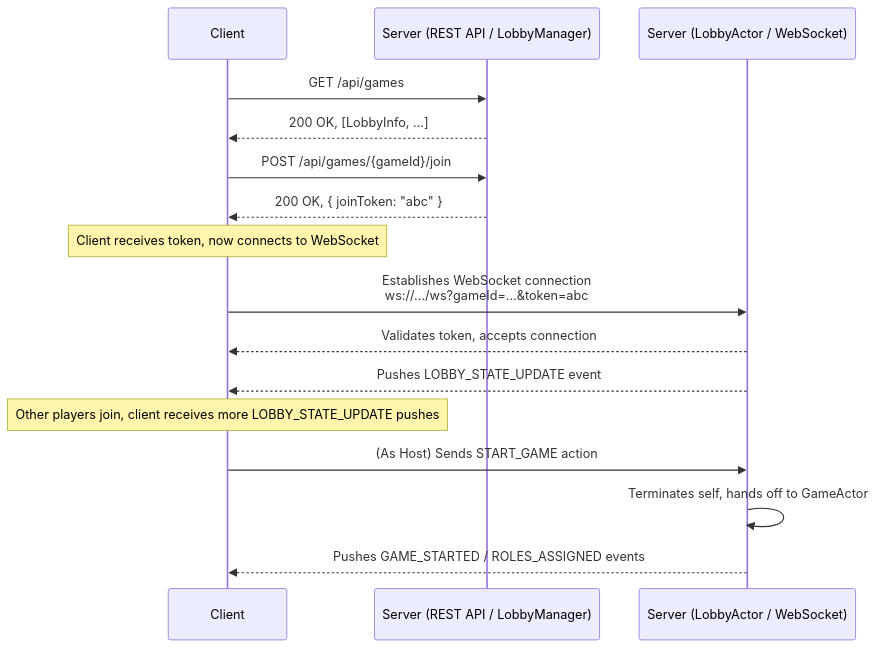
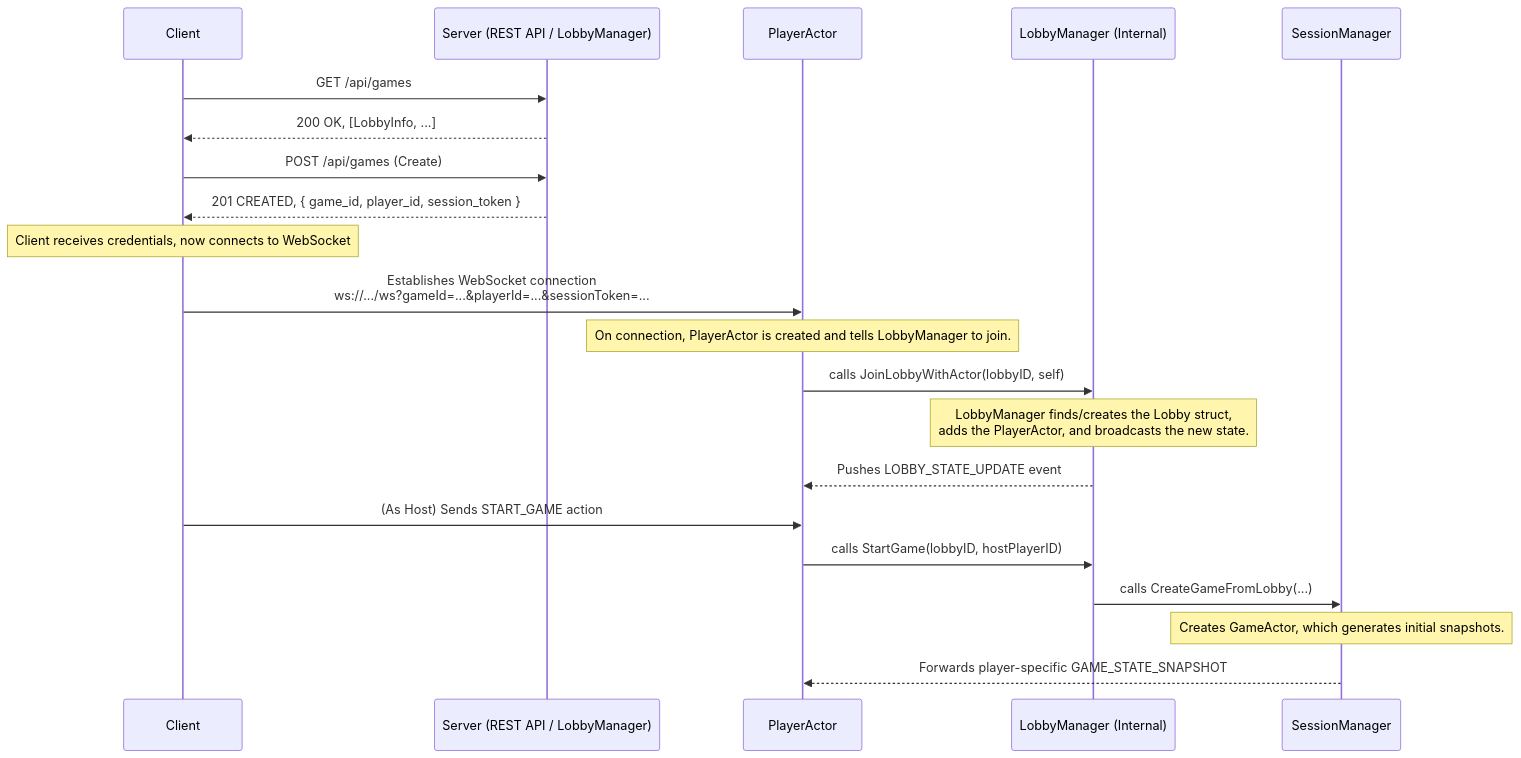
One commit to xjhc/alignment changed the diagram in docs/architecture/10-lobby-and-matchmaking.md. Above: the diagram before and after it, drawn with Mermaid. The commit also changed other lines of this file and 36 other files, not shown here.

Commit message:
Fix lobby to game transition.

````diff
--- a/docs/architecture/10-lobby-and-matchmaking.md
+++ b/docs/architecture/10-lobby-and-matchmaking.md
@@ -26,24 +26,30 @@
 ```mermaid
 sequenceDiagram
     participant Client
     participant Server (REST API / LobbyManager)
-    participant Server (LobbyActor / WebSocket)
+    participant PlayerActor
+    participant LobbyManager (Internal)
+    participant SessionManager
 
     Client->>Server (REST API / LobbyManager): GET /api/games
     Server (REST API / LobbyManager)-->>Client: 200 OK, [LobbyInfo, ...]
 
-    Client->>Server (REST API / LobbyManager): POST /api/games/{gameId}/join
-    Server (REST API / LobbyManager)-->>Client: 200 OK, { joinToken: "abc" }
+    Client->>Server (REST API / LobbyManager): POST /api/games (Create)
+    Server (REST API / LobbyManager)-->>Client: 201 CREATED, { game_id, player_id, session_token }
 
-    Note over Client: Client receives token, now connects to WebSocket
+    Note over Client: Client receives credentials, now connects to WebSocket
+    Client->>PlayerActor: Establishes WebSocket connection<br>ws://.../ws?gameId=...&playerId=...&sessionToken=...
 
-    Client->>Server (LobbyActor / WebSocket): Establishes WebSocket connection<br>ws://.../ws?gameId=...&token=abc
-    Server (LobbyActor / WebSocket)-->>Client: Validates token, accepts connection
-    Server (LobbyActor / WebSocket)-->>Client: Pushes LOBBY_STATE_UPDATE event
+    Note over PlayerActor: On connection, PlayerActor is created and tells LobbyManager to join.
+    PlayerActor->>LobbyManager (Internal): calls JoinLobbyWithActor(lobbyID, self)
 
-    Note over Client: Other players join, client receives more LOBBY_STATE_UPDATE pushes
+    Note over LobbyManager (Internal): LobbyManager finds/creates the Lobby struct,<br>adds the PlayerActor, and broadcasts the new state.
+    LobbyManager (Internal)-->>PlayerActor: Pushes LOBBY_STATE_UPDATE event
 
-    Client->>Server (LobbyActor / WebSocket): (As Host) Sends START_GAME action
-    Server (LobbyActor / WebSocket)->>Server (LobbyActor / WebSocket): Terminates self, hands off to GameActor
-    Server (LobbyActor / WebSocket)-->>Client: Pushes GAME_STARTED / ROLES_ASSIGNED events
+    Client->>PlayerActor: (As Host) Sends START_GAME action
+    PlayerActor->>LobbyManager (Internal): calls StartGame(lobbyID, hostPlayerID)
+    LobbyManager (Internal)->>SessionManager: calls CreateGameFromLobby(...)
+
+    Note over SessionManager: Creates GameActor, which generates initial snapshots.
+    SessionManager-->>PlayerActor: Forwards player-specific GAME_STATE_SNAPSHOT
 ```
````
